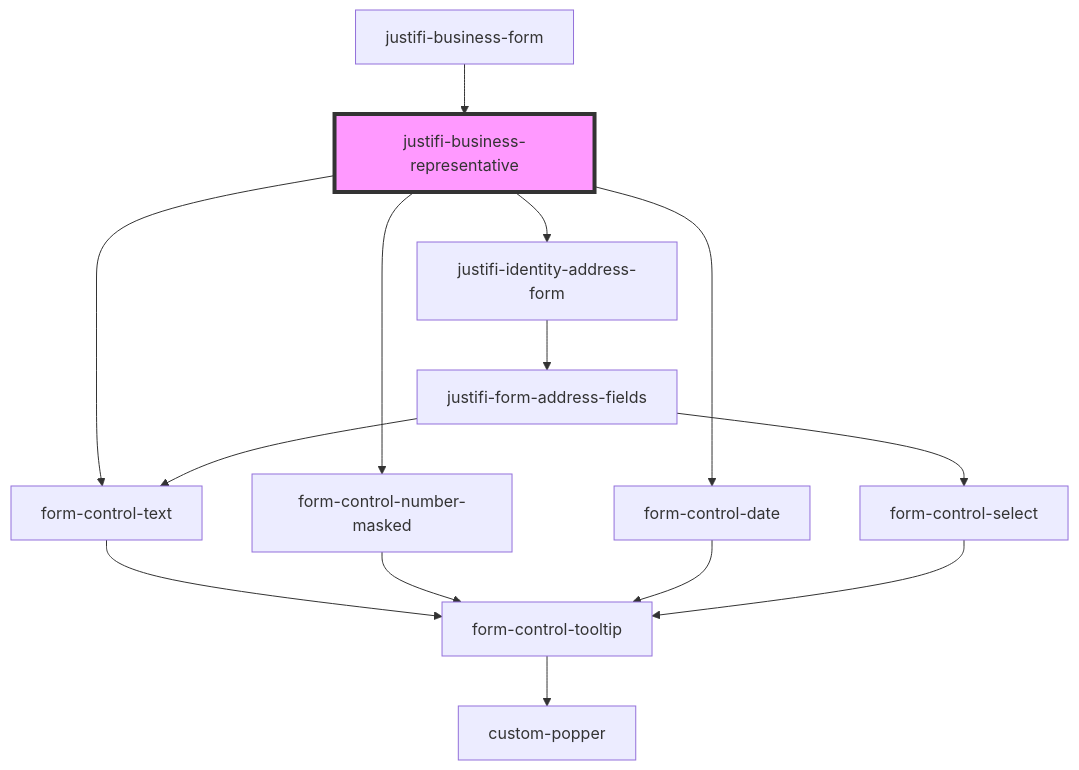
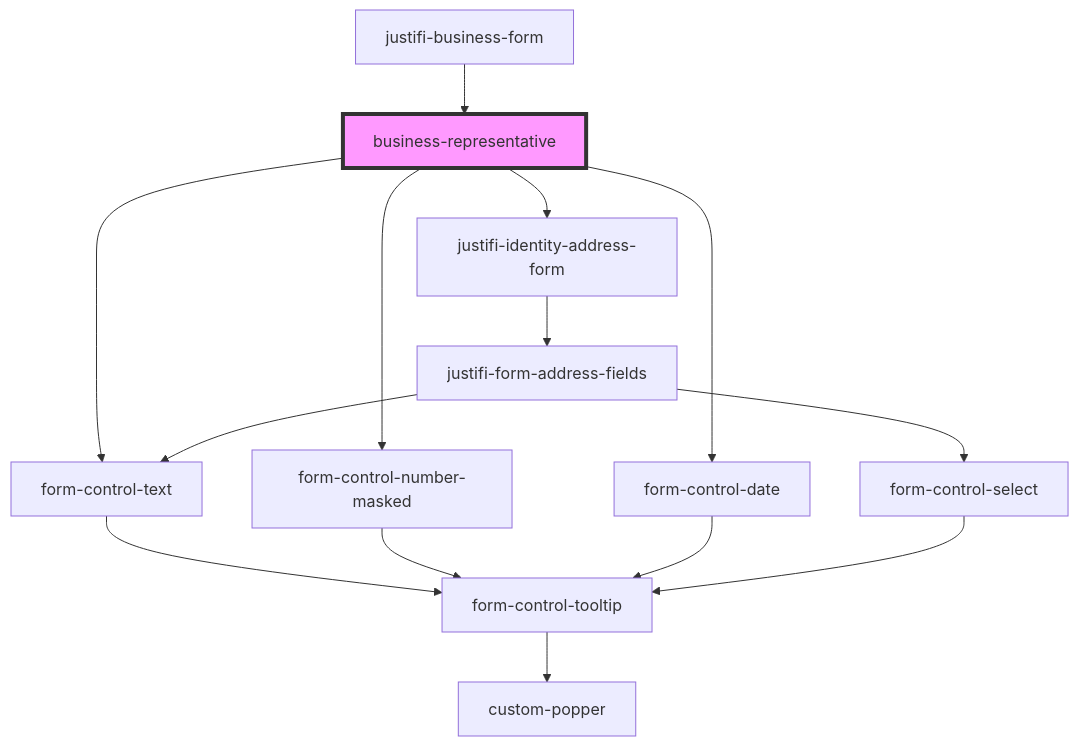
Before and after one commit to justifi-tech/web-component-library: the diagram in packages/webcomponents/src/components/business-forms/business-form/business-representative/README.md, drawn with Mermaid. The commit also changed 14 other files, not shown here.

First line of the commit message:
Refactor business forms components to remove 'Justifi' prefix

````diff
--- a/packages/webcomponents/src/components/business-forms/business-form/business-representative/README.md
+++ b/packages/webcomponents/src/components/business-forms/business-form/business-representative/README.md
@@ -30,17 +30,17 @@
 ```mermaid
 graph TD;
-  justifi-business-representative --> form-control-text
-  justifi-business-representative --> form-control-number-masked
-  justifi-business-representative --> form-control-date
-  justifi-business-representative --> justifi-identity-address-form
+  business-representative --> form-control-text
+  business-representative --> form-control-number-masked
+  business-representative --> form-control-date
+  business-representative --> justifi-identity-address-form
   form-control-text --> form-control-tooltip
   form-control-tooltip --> custom-popper
   form-control-number-masked --> form-control-tooltip
   form-control-date --> form-control-tooltip
   justifi-identity-address-form --> justifi-form-address-fields
   justifi-form-address-fields --> form-control-text
   justifi-form-address-fields --> form-control-select
   form-control-select --> form-control-tooltip
-  justifi-business-form --> justifi-business-representative
-  style justifi-business-representative fill:#f9f,stroke:#333,stroke-width:4px
+  justifi-business-form --> business-representative
+  style business-representative fill:#f9f,stroke:#333,stroke-width:4px
 ```
````
